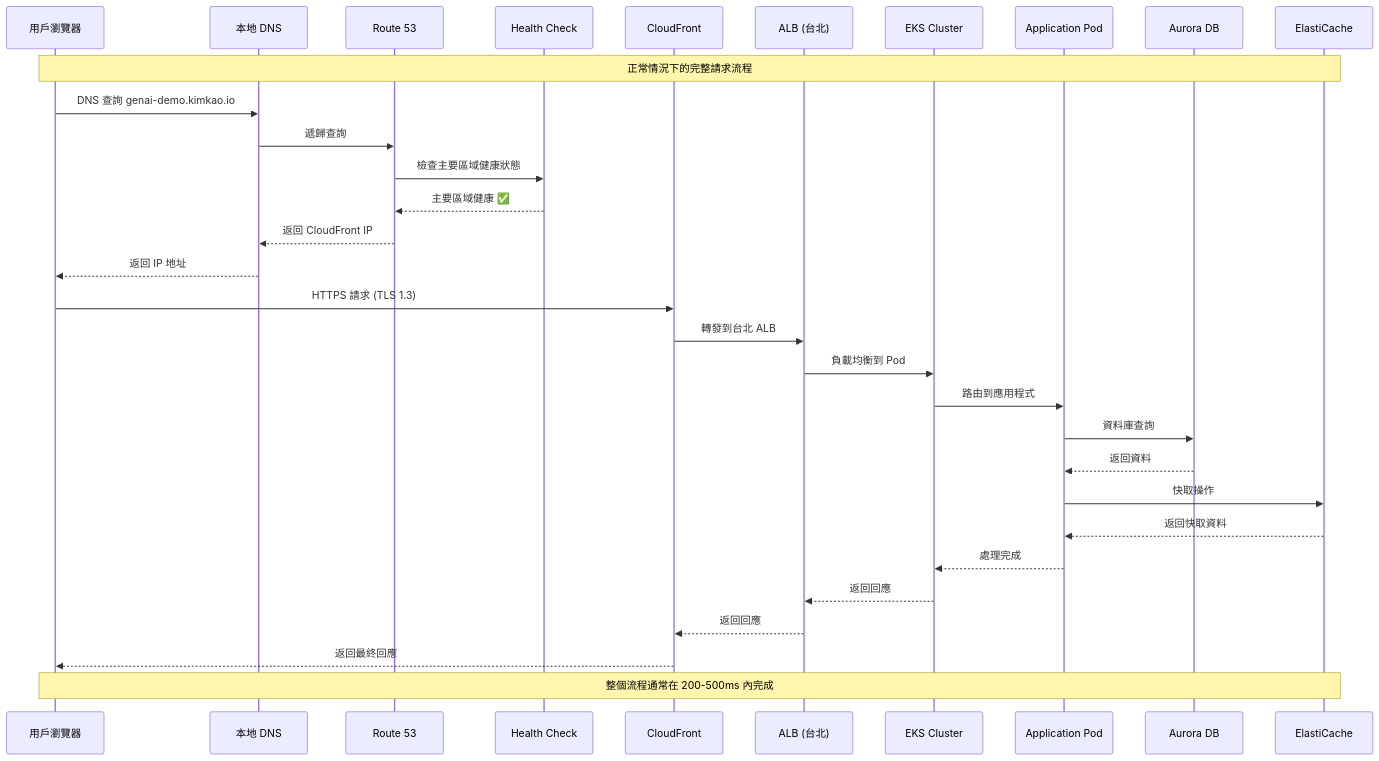
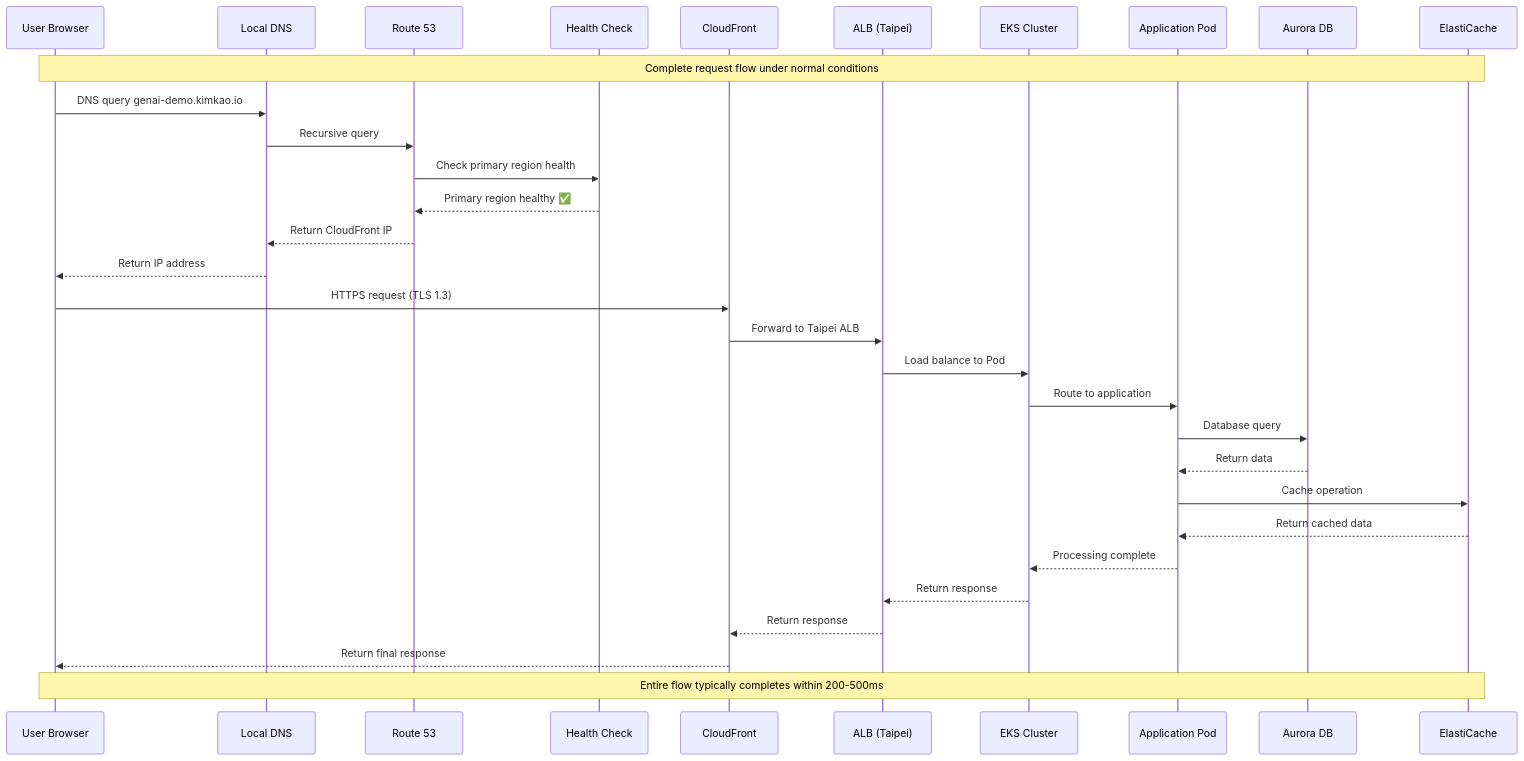
Before and after one commit to humank/genai-demo: the second of 11 diagrams in docs/viewpoints/operational/dns-disaster-recovery.md, drawn with Mermaid. The commit also changed other lines of this file and 453 other files, not shown here.

First line of the commit message:
feat: Complete translation of key architecture and API documentation

````diff
--- a/docs/viewpoints/operational/dns-disaster-recovery.md
+++ b/docs/viewpoints/operational/dns-disaster-recovery.md
@@ -161,39 +161,39 @@
 ```mermaid
 sequenceDiagram
-    participant User as 用戶瀏覽器
-    participant LocalDNS as 本地 DNS
+    participant User as User Browser
+    participant LocalDNS as Local DNS
     participant Route53 as Route 53
     participant HealthCheck as Health Check
     participant CloudFront as CloudFront
-    participant ALB as ALB (台北)
+    participant ALB as ALB (Taipei)
     participant EKS as EKS Cluster
     participant App as Application Pod
     participant RDS as Aurora DB
     participant Redis as ElastiCache
     
-    Note over User,Redis: 正常情況下的完整請求流程
+    Note over User,Redis: Complete request flow under normal conditions
     
-    User->>LocalDNS: DNS 查詢 genai-demo.kimkao.io
-    LocalDNS->>Route53: 遞歸查詢
-    Route53->>HealthCheck: 檢查主要區域健康狀態
-    HealthCheck-->>Route53: 主要區域健康 ✅
-    Route53-->>LocalDNS: 返回 CloudFront IP
-    LocalDNS-->>User: 返回 IP 地址
+    User->>LocalDNS: DNS query genai-demo.kimkao.io
+    LocalDNS->>Route53: Recursive query
+    Route53->>HealthCheck: Check primary region health
+    HealthCheck-->>Route53: Primary region healthy ✅
+    Route53-->>LocalDNS: Return CloudFront IP
+    LocalDNS-->>User: Return IP address
     
-    User->>CloudFront: HTTPS 請求 (TLS 1.3)
-    CloudFront->>ALB: 轉發到台北 ALB
-    ALB->>EKS: 負載均衡到 Pod
-    EKS->>App: 路由到應用程式
+    User->>CloudFront: HTTPS request (TLS 1.3)
+    CloudFront->>ALB: Forward to Taipei ALB
+    ALB->>EKS: Load balance to Pod
+    EKS->>App: Route to application
     
-    App->>RDS: 資料庫查詢
-    RDS-->>App: 返回資料
-    App->>Redis: 快取操作
-    Redis-->>App: 返回快取資料
+    App->>RDS: Database query
+    RDS-->>App: Return data
+    App->>Redis: Cache operation
+    Redis-->>App: Return cached data
     
-    App-->>EKS: 處理完成
-    EKS-->>ALB: 返回回應
-    ALB-->>CloudFront: 返回回應
-    CloudFront-->>User: 返回最終回應
+    App-->>EKS: Processing complete
+    EKS-->>ALB: Return response
+    ALB-->>CloudFront: Return response
+    CloudFront-->>User: Return final response
     
-    Note over User,Redis: 整個流程通常在 200-500ms 內完成
+    Note over User,Redis: Entire flow typically completes within 200-500ms
 ```
````
